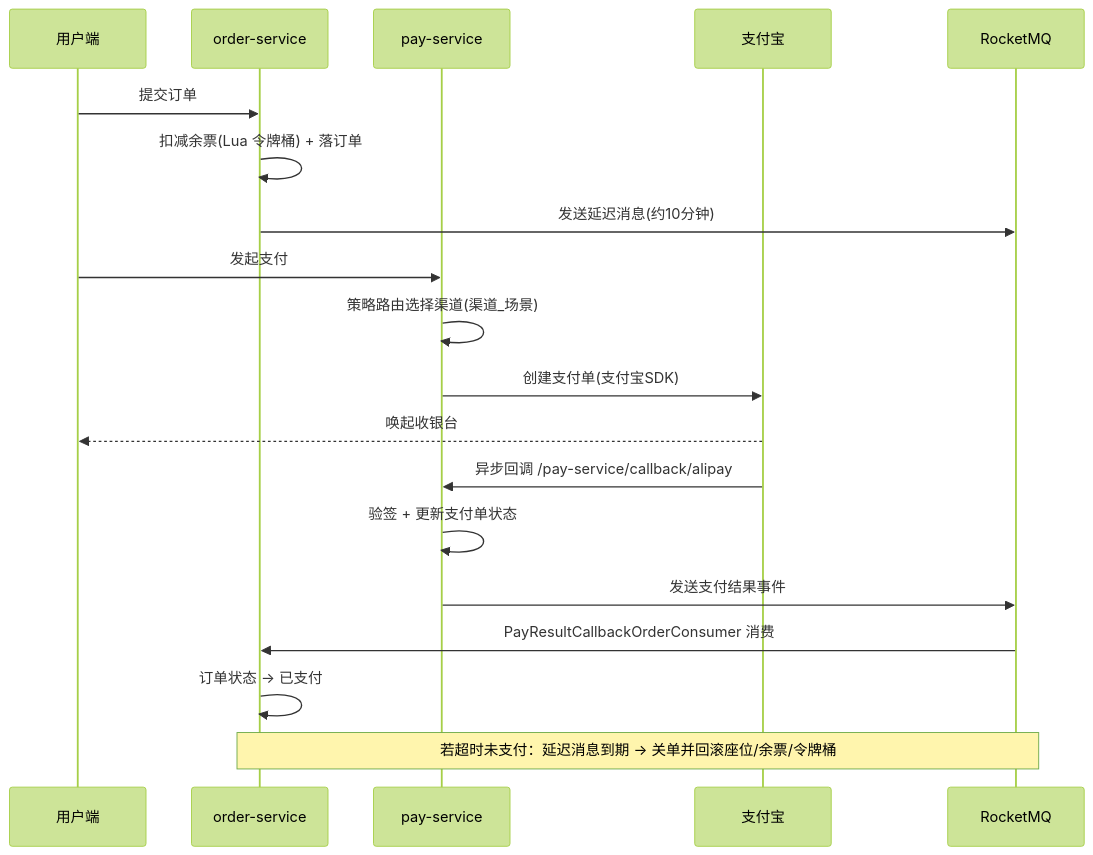
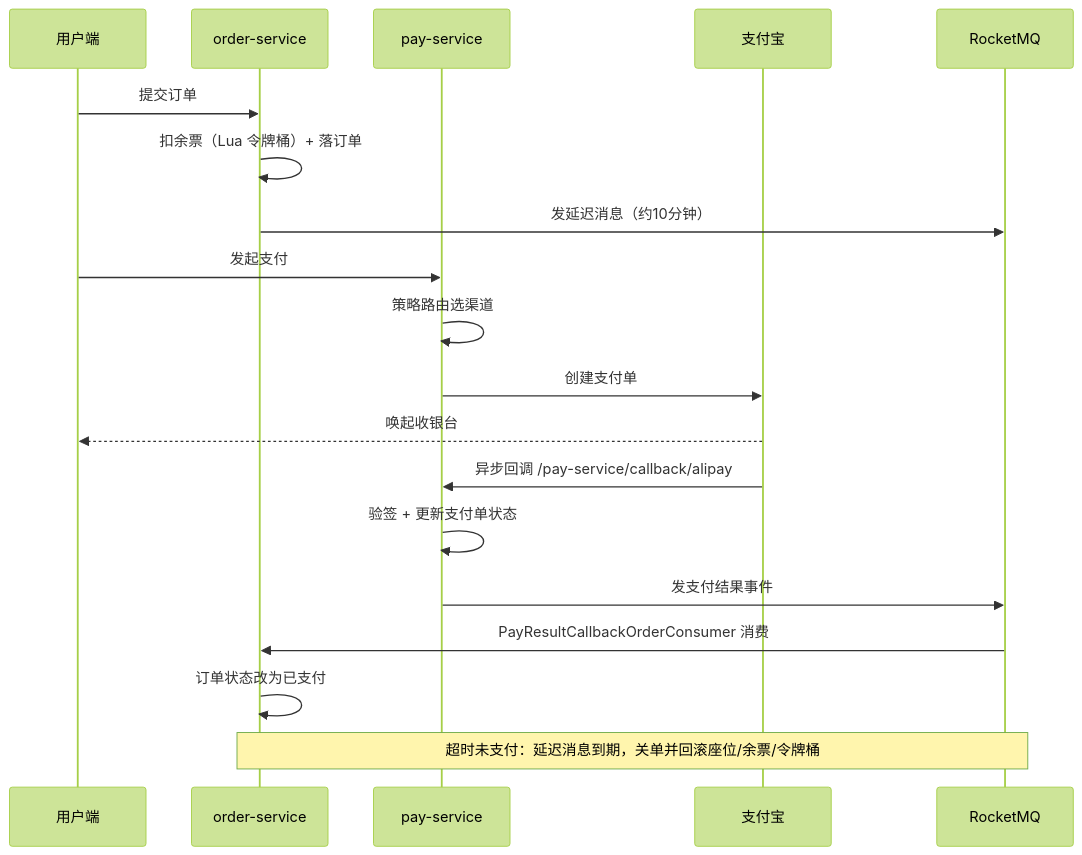
One commit to yuanxuebin-png/12306-pay-practice changed the diagram in README.md. Above: the diagram before and after it, drawn with Mermaid (forest theme). The commit also changed other lines of this file, not shown here.

````diff
--- a/README.md
+++ b/README.md
@@ -40,22 +42,22 @@
 ```mermaid
 sequenceDiagram
     participant U as 用户端
     participant O as order-service
     participant P as pay-service
     participant A as 支付宝
     participant M as RocketMQ
 
     U->>O: 提交订单
-    O->>O: 扣减余票(Lua 令牌桶) + 落订单
-    O->>M: 发送延迟消息(约10分钟)
+    O->>O: 扣余票（Lua 令牌桶）+ 落订单
+    O->>M: 发延迟消息（约10分钟）
     U->>P: 发起支付
-    P->>P: 策略路由选择渠道(渠道_场景)
-    P->>A: 创建支付单(支付宝SDK)
+    P->>P: 策略路由选渠道
+    P->>A: 创建支付单
     A-->>U: 唤起收银台
     A->>P: 异步回调 /pay-service/callback/alipay
     P->>P: 验签 + 更新支付单状态
-    P->>M: 发送支付结果事件
+    P->>M: 发支付结果事件
     M->>O: PayResultCallbackOrderConsumer 消费
-    O->>O: 订单状态 → 已支付
-    Note over O,M: 若超时未支付：延迟消息到期 → 关单并回滚座位/余票/令牌桶
+    O->>O: 订单状态改为已支付
+    Note over O,M: 超时未支付：延迟消息到期，关单并回滚座位/余票/令牌桶
 ```
````
